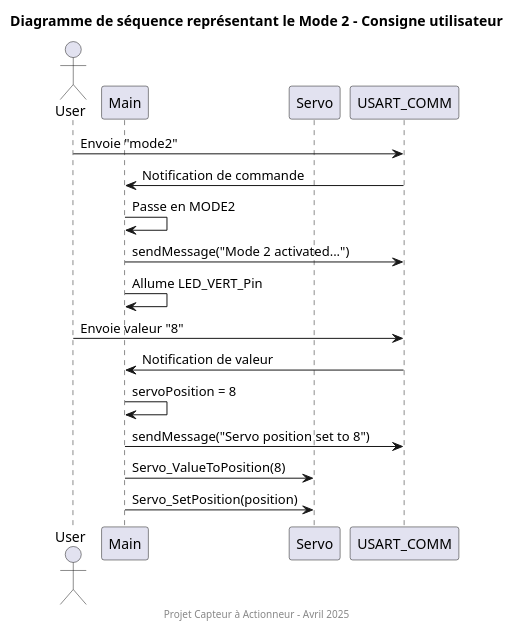
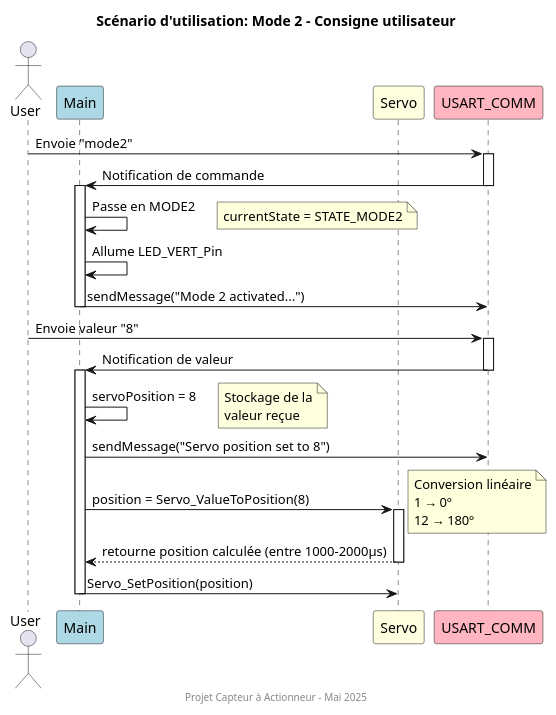
The diagram in doc-README/DS-Mode2Scenario.puml (AzTaiiyoo/Capteur_actionneur), drawn with PlantUML before and after one commit. The commit also changed 16 other files, not shown here.

```diff
--- a/doc-README/DS-Mode2Scenario.puml
+++ b/doc-README/DS-Mode2Scenario.puml
@@ -1,24 +1,45 @@
 @startuml
-' Participants (modules)
+' Participants (modules) avec couleurs
 actor "User" as User
-participant "Main" as Main
-participant "Servo" as Servo
-participant "USART_COMM" as USART
+participant "Main" as Main #LightBlue
+participant "Servo" as Servo #LightYellow
+participant "USART_COMM" as USART #LightPink
 
+title Scénario d'utilisation: Mode 2 - Consigne utilisateur
+
+' Activation du Mode 2
 User -> USART: Envoie "mode2"
+activate USART
 USART -> Main: Notification de commande
+deactivate USART
+activate Main
+
 Main -> Main: Passe en MODE2
+note right: currentState = STATE_MODE2
+Main -> Main: Allume LED_VERT_Pin
 Main -> USART: sendMessage("Mode 2 activated...")
-Main -> Main: Allume LED_VERT_Pin
+deactivate Main
 
+' Envoi d'une valeur de position
 User -> USART: Envoie valeur "8"
+activate USART
 USART -> Main: Notification de valeur
+deactivate USART
+activate Main
+
 Main -> Main: servoPosition = 8
+note right: Stockage de la\nvaleur reçue
 Main -> USART: sendMessage("Servo position set to 8")
-Main -> Servo: Servo_ValueToPosition(8)
+
+' Calcul et application de la position
+Main -> Servo: position = Servo_ValueToPosition(8)
+activate Servo
+note right: Conversion linéaire\n1 → 0°\n12 → 180°
+Servo --> Main: retourne position calculée (entre 1000-2000µs)
+deactivate Servo
 Main -> Servo: Servo_SetPosition(position)
+deactivate Main
 
-title Diagramme de séquence représentant le Mode 2 - Consigne utilisateur
-footer Projet Capteur à Actionneur – Avril 2025
+footer Projet Capteur à Actionneur – Mai 2025
 
 @enduml
```
